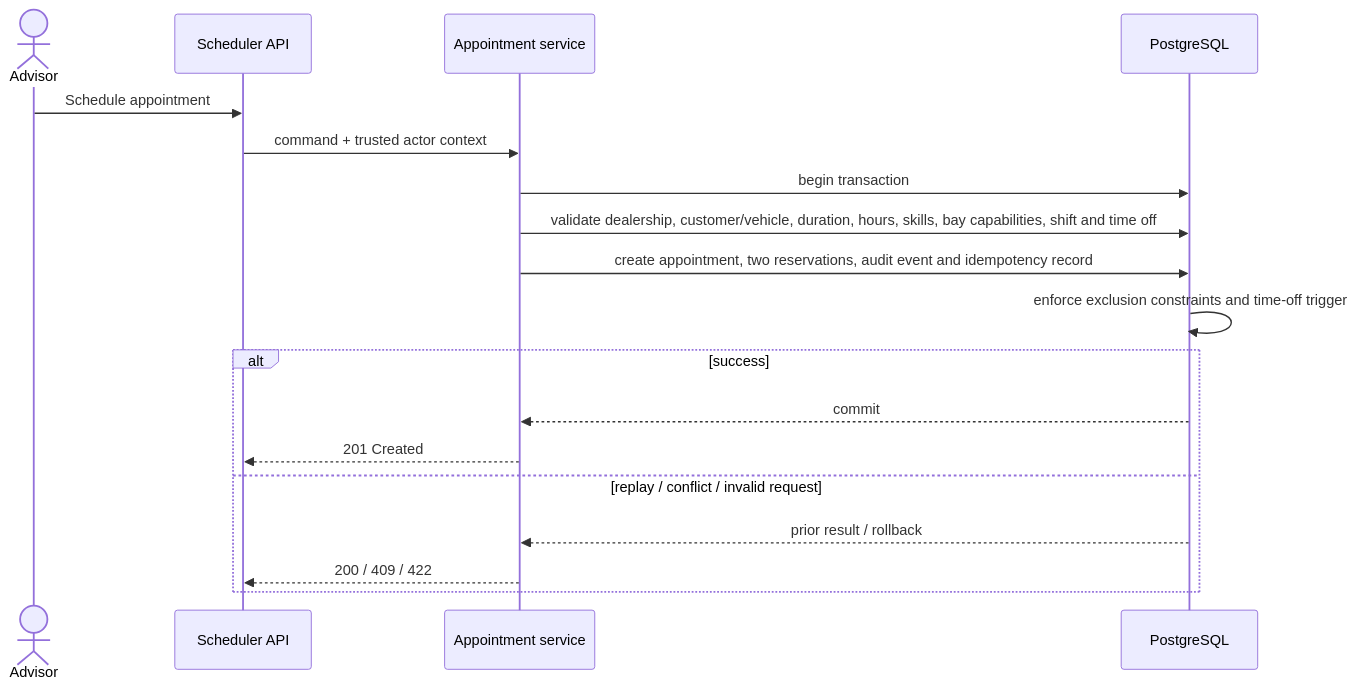
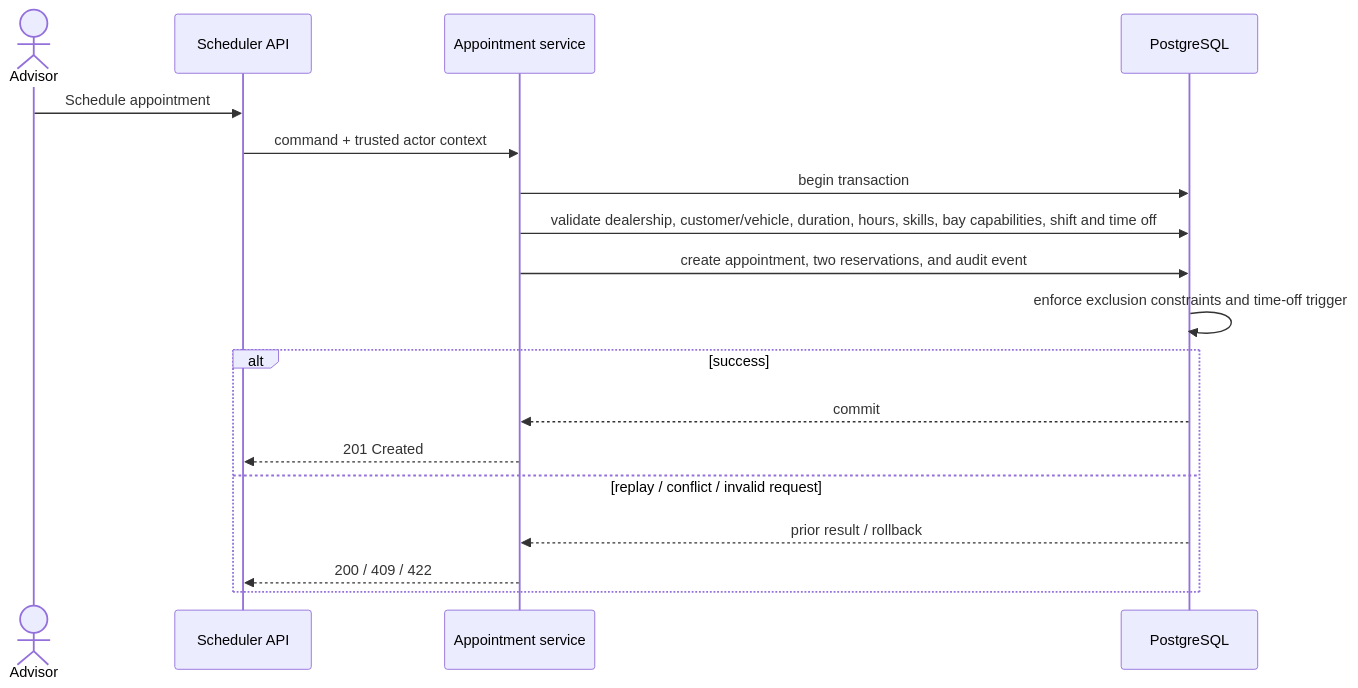
The third of 4 diagrams in 2. SYSTEM_DESIGN.md (hieutranagi47/assessment), drawn with Mermaid before and after one commit. The commit also changed other lines of this file and 51 other files, not shown here.

```diff
--- a/2. SYSTEM_DESIGN.md
+++ b/2. SYSTEM_DESIGN.md
@@ -100,20 +100,20 @@
 ~~~mermaid
 sequenceDiagram
     actor Advisor
     participant API as Scheduler API
     participant App as Appointment service
     participant DB as PostgreSQL
     Advisor->>API: Schedule appointment
     API->>App: command + trusted actor context
     App->>DB: begin transaction
     App->>DB: validate dealership, customer/vehicle, duration, hours, skills, bay capabilities, shift and time off
-    App->>DB: create appointment, two reservations, audit event and idempotency record
+    App->>DB: create appointment, two reservations, and audit event
     DB->>DB: enforce exclusion constraints and time-off trigger
     alt success
         DB-->>App: commit
         App-->>API: 201 Created
     else replay / conflict / invalid request
         DB-->>App: prior result / rollback
         App-->>API: 200 / 409 / 422
     end
 ~~~
```
